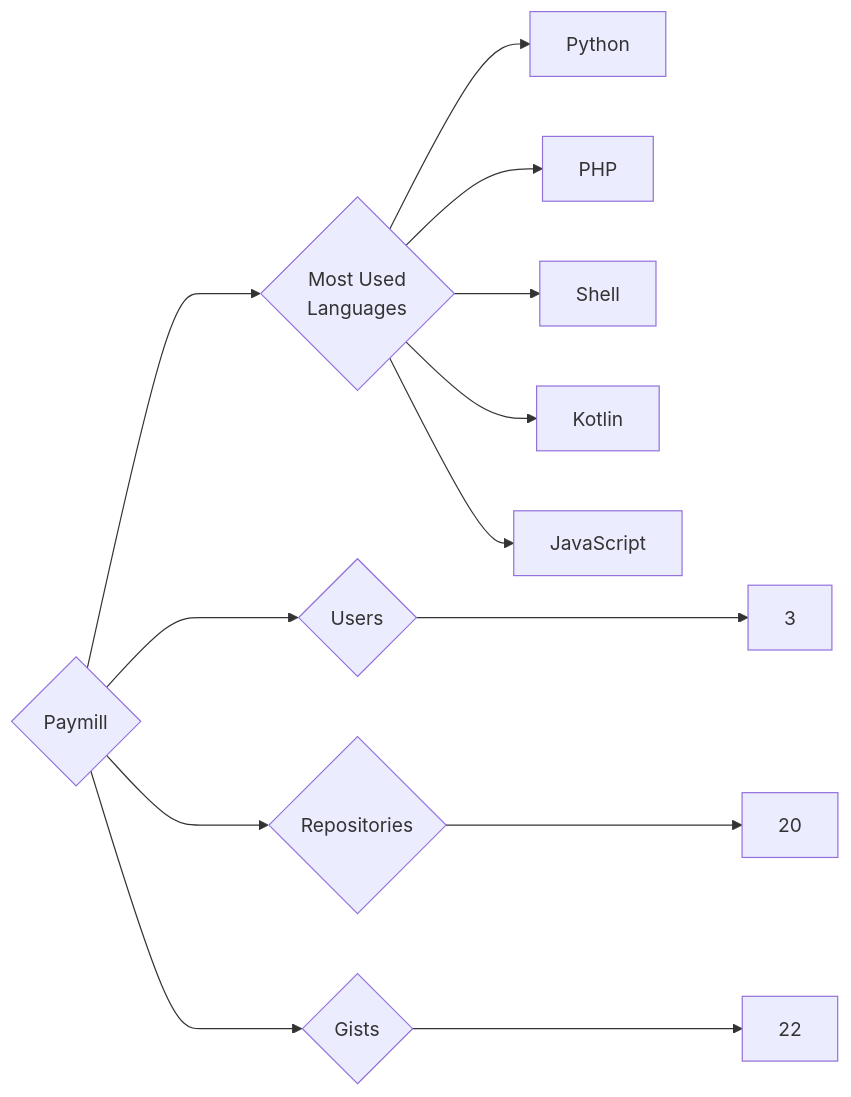
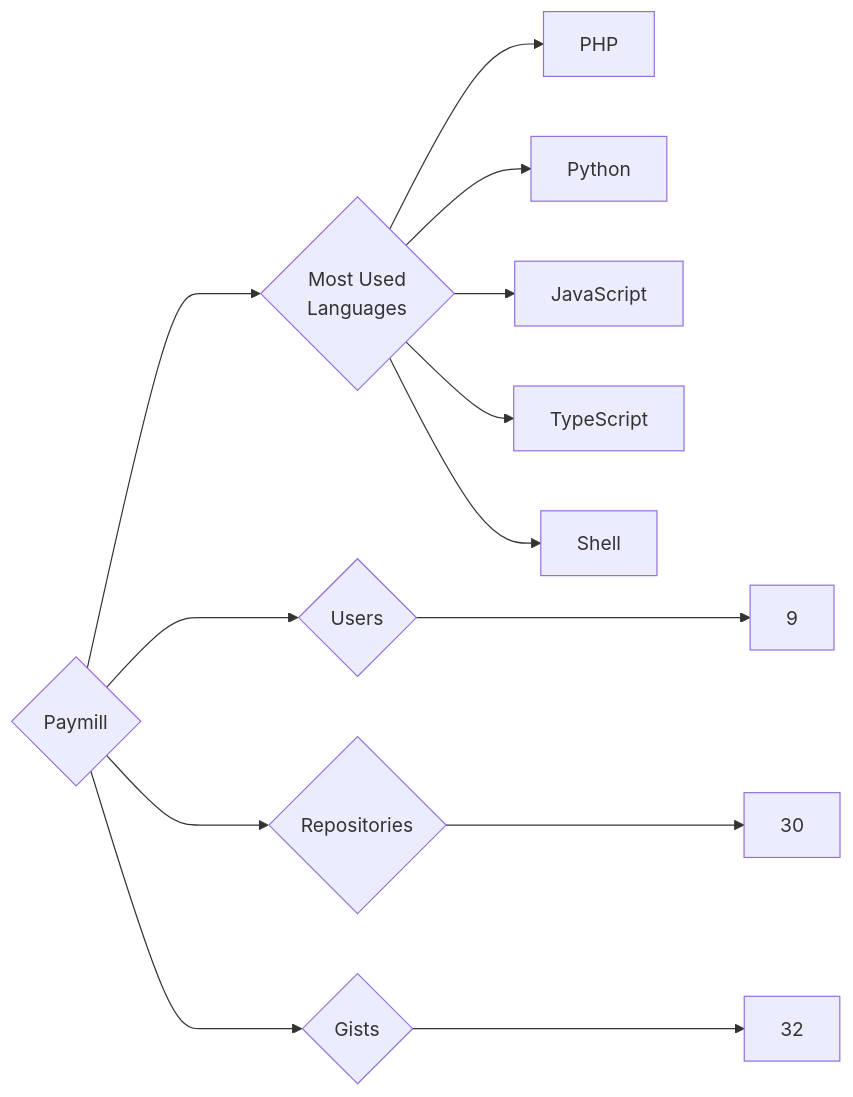
Before and after one commit to trickest/insiders: the diagram in targets/Paymill/README.md, drawn with Mermaid. The commit also changed 1696 other files, not shown here.

````diff
--- a/targets/Paymill/README.md
+++ b/targets/Paymill/README.md
@@ -3,13 +3,13 @@
 ```mermaid
 graph LR
 COMPANY_NAME{Paymill}
-COMPANY_NAME ---> U{Users} ---> UN[3]
-COMPANY_NAME ---> R{Repositories} ---> RN[20]
-COMPANY_NAME ---> G{Gists} ---> GN[22]
+COMPANY_NAME ---> U{Users} ---> UN[9]
+COMPANY_NAME ---> R{Repositories} ---> RN[30]
+COMPANY_NAME ---> G{Gists} ---> GN[32]
 COMPANY_NAME ---> ML{Most Used<br>Languages}
+ML --> PHP[PHP]
 ML --> Python[Python]
-ML --> PHP[PHP]
+ML --> JavaScript[JavaScript]
+ML --> TypeScript[TypeScript]
 ML --> Shell[Shell]
-ML --> Kotlin[Kotlin]
-ML --> JavaScript[JavaScript]
 ```
````
